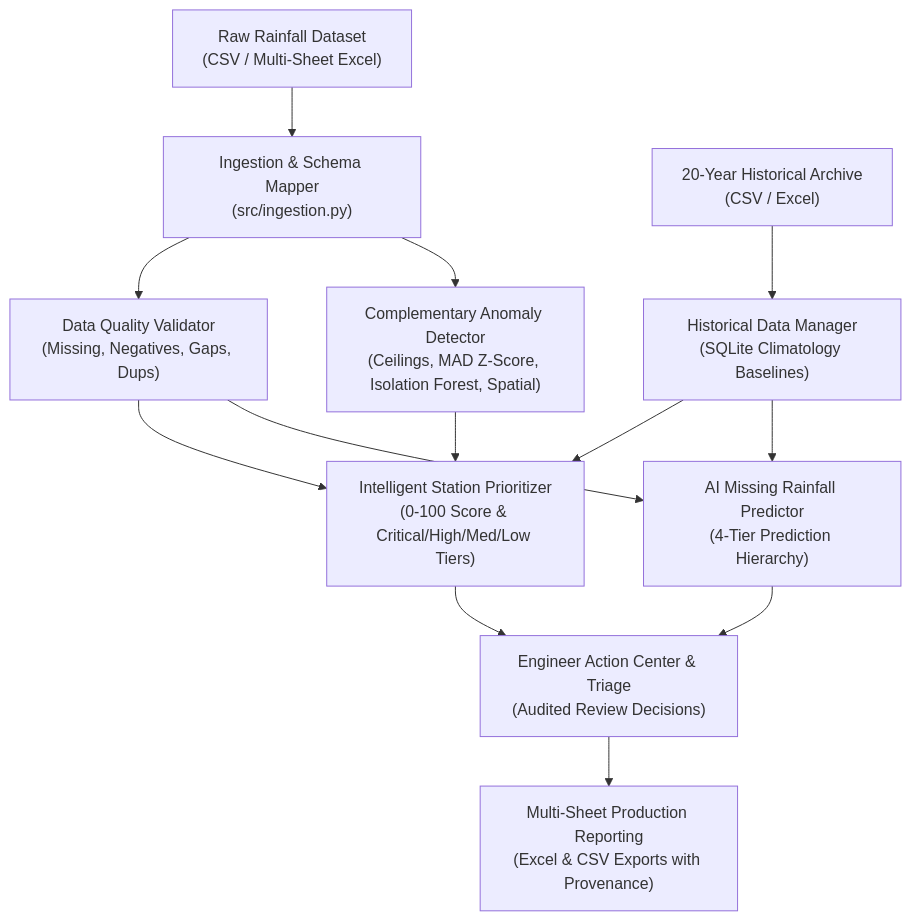
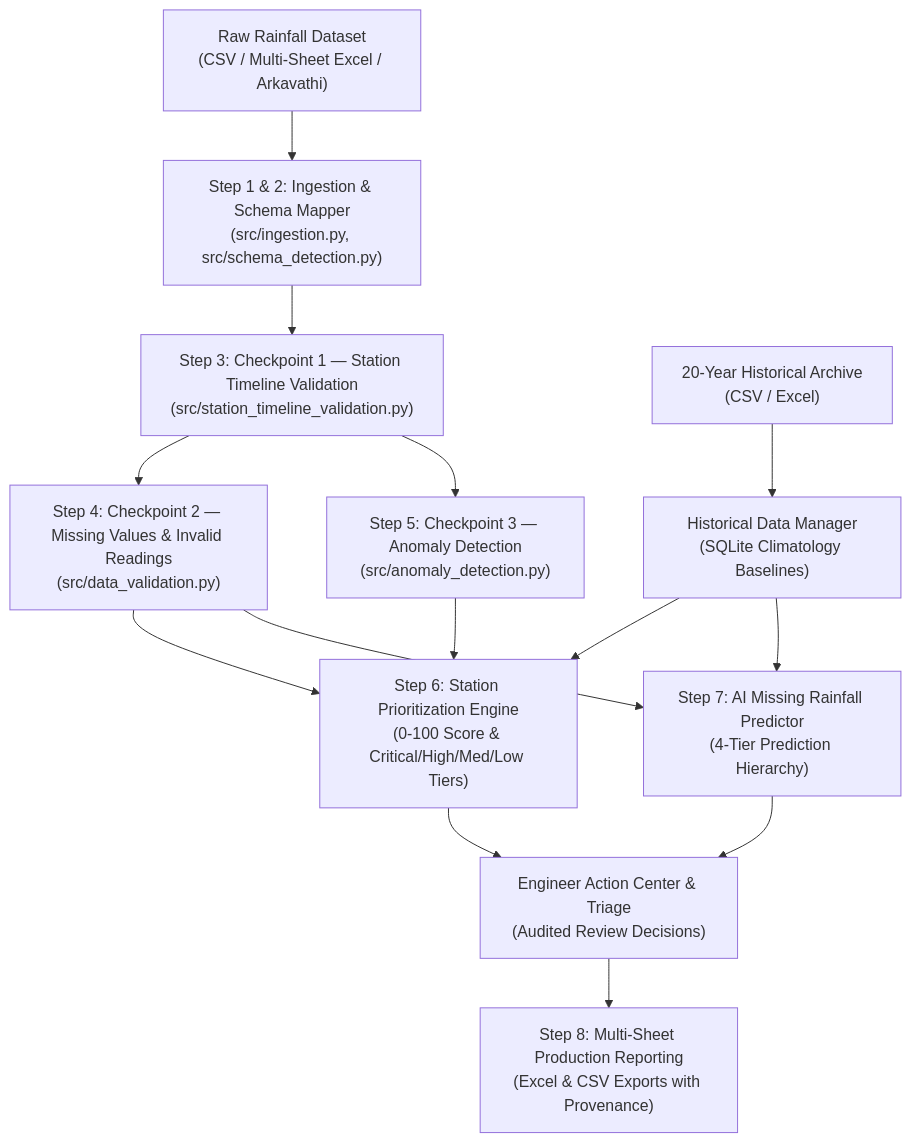
Before and after one commit to Rupesh4113/KWRIS: the diagram in README.md, drawn with Mermaid. The commit also changed other lines of this file and 10 other files, not shown here.

````diff
--- a/README.md
+++ b/README.md
@@ -27,20 +27,21 @@
 ```mermaid
 flowchart TD
-    A["Raw Rainfall Dataset<br>(CSV / Multi-Sheet Excel)"] --> B["Ingestion & Schema Mapper<br>(src/ingestion.py)"]
-    B --> C["Data Quality Validator<br>(Missing, Negatives, Gaps, Dups)"]
-    B --> D["Complementary Anomaly Detector<br>(Ceilings, MAD Z-Score, Isolation Forest, Spatial)"]
+    A["Raw Rainfall Dataset<br>(CSV / Multi-Sheet Excel / Arkavathi)"] --> B["Step 1 & 2: Ingestion & Schema Mapper<br>(src/ingestion.py, src/schema_detection.py)"]
+    B --> CP1["Step 3: Checkpoint 1 — Station Timeline Validation<br>(src/station_timeline_validation.py)"]
+    CP1 --> C["Step 4: Checkpoint 2 — Missing Values & Invalid Readings<br>(src/data_validation.py)"]
+    CP1 --> D["Step 5: Checkpoint 3 — Anomaly Detection<br>(src/anomaly_detection.py)"]
     
     H["20-Year Historical Archive<br>(CSV / Excel)"] --> E["Historical Data Manager<br>(SQLite Climatology Baselines)"]
     
-    C --> F["Intelligent Station Prioritizer<br>(0-100 Score & Critical/High/Med/Low Tiers)"]
+    C --> F["Step 6: Station Prioritization Engine<br>(0-100 Score & Critical/High/Med/Low Tiers)"]
     D --> F
     E --> F
     
-    C --> G["AI Missing Rainfall Predictor<br>(4-Tier Prediction Hierarchy)"]
+    C --> G["Step 7: AI Missing Rainfall Predictor<br>(4-Tier Prediction Hierarchy)"]
     E --> G
     
     G --> I["Engineer Action Center & Triage<br>(Audited Review Decisions)"]
     F --> I
     
-    I --> J["Multi-Sheet Production Reporting<br>(Excel & CSV Exports with Provenance)"]
+    I --> J["Step 8: Multi-Sheet Production Reporting<br>(Excel & CSV Exports with Provenance)"]
 ```
````
